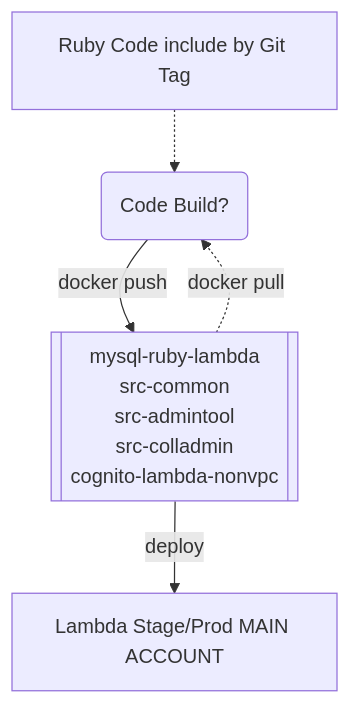
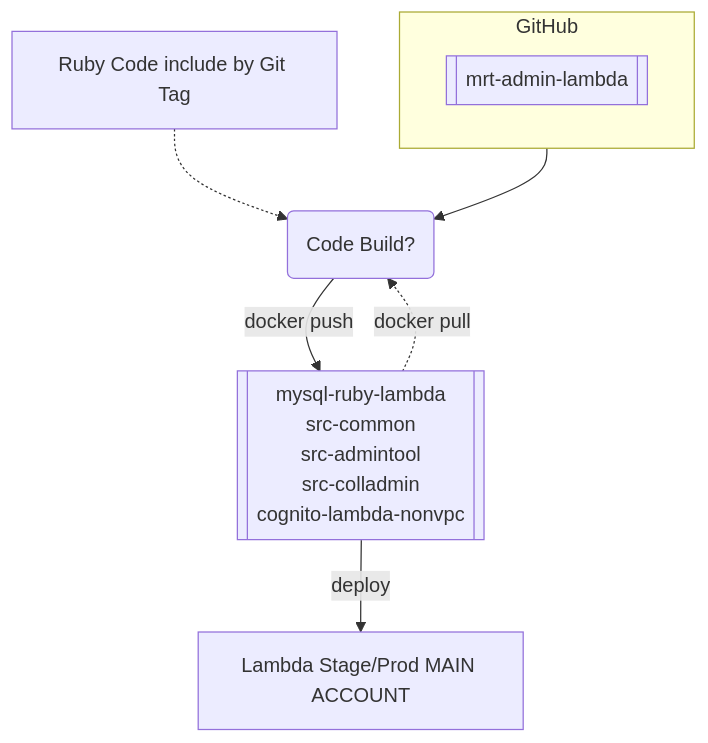
Before and after one commit to CDLUC3/mrt-doc: the ninth of 11 diagrams in design/aws-build/README.md, drawn with Mermaid. The commit also changed other lines of this file, not shown here.

````diff
--- a/design/aws-build/README.md
+++ b/design/aws-build/README.md
@@ -251,18 +266,24 @@
 ```mermaid
 graph TD
+  subgraph GitHub
+    Repos[["`
+      mrt-admin-lambda
+    `"]]
+  end
+  GitHub --> Build
   Build(Code Build?)
   ECR[ECR MAIN ACCOUNT]
   Build --> |docker push| ECR
   ECR --> |deploy| Lambda
   ECR -.-> |docker pull| Build
   Lambda[Lambda Stage/Prod MAIN ACCOUNT]
   Gems[Ruby Code include by Git Tag]
   Gems -.-> Build
   ECR[["`
     mysql-ruby-lambda
     src-common
     src-admintool
     src-colladmin
     cognito-lambda-nonvpc
   `"]]
 ```
````
